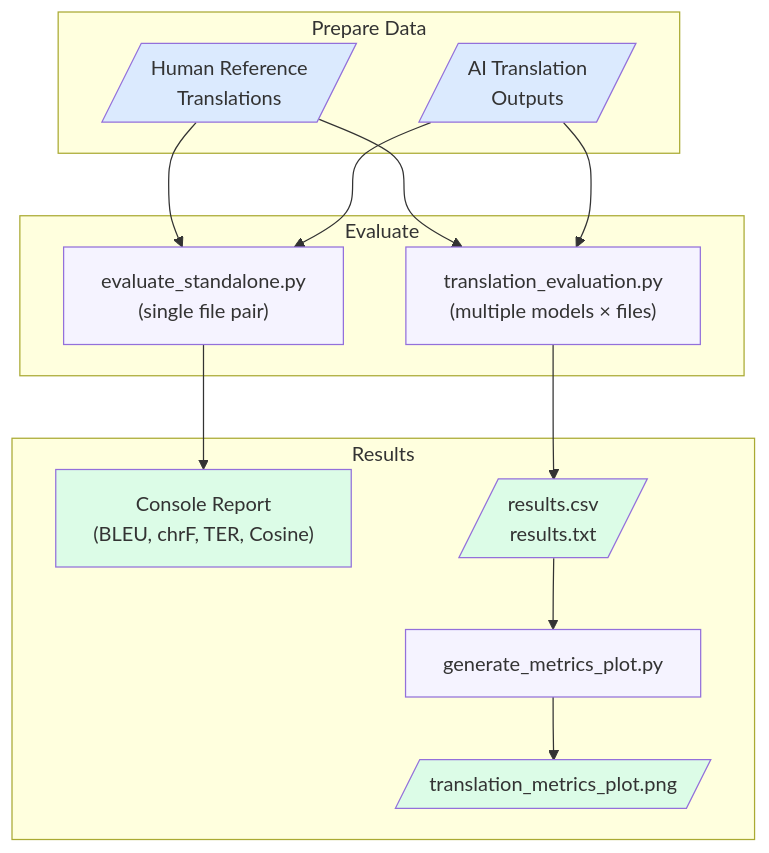
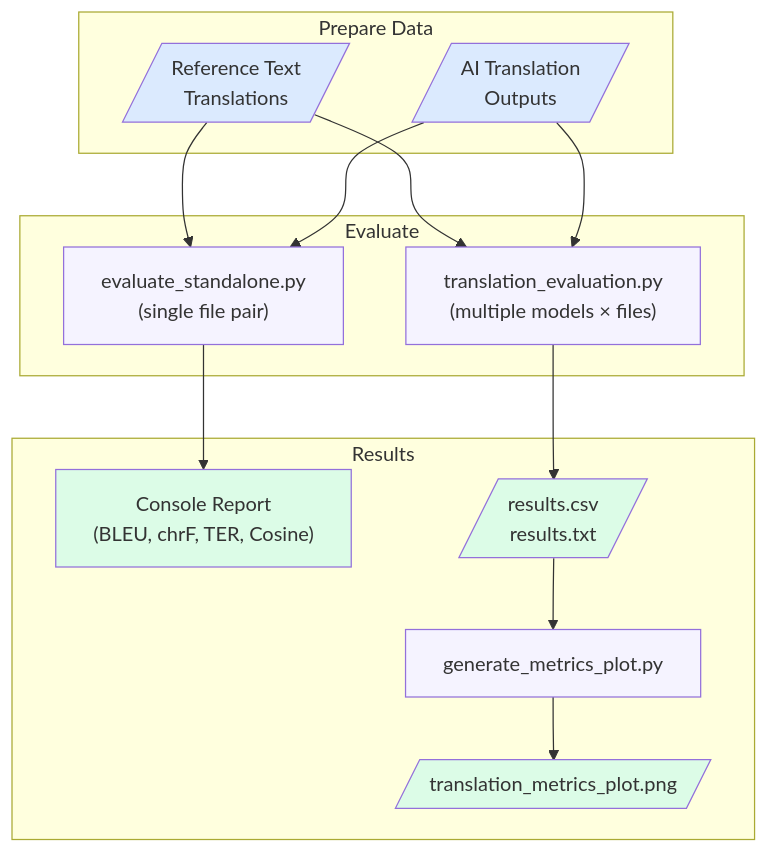
Before and after one commit to GAIK-project/gaik-toolkit: the third of 3 diagrams in guidance_layer/website/content/docs/evaluation-layer/translation-eval.mdx, drawn with Mermaid. The commit also changed other lines of this file and 17 other files, not shown here.

````diff
--- a/guidance_layer/website/content/docs/evaluation-layer/translation-eval.mdx
+++ b/guidance_layer/website/content/docs/evaluation-layer/translation-eval.mdx
@@ -209,38 +231,38 @@
 ```mermaid
 graph TD
   subgraph "Prepare Data"
-    A[/"Human Reference\nTranslations"/]
+    A[/"Reference Text\nTranslations"/]
     B[/"AI Translation\nOutputs"/]
   end
 
   subgraph "Evaluate"
     C["evaluate_standalone.py\n(single file pair)"]
     D["translation_evaluation.py\n(multiple models × files)"]
   end
 
   subgraph "Results"
     E["Console Report\n(BLEU, chrF, TER, Cosine)"]
     F[/"results.csv\nresults.txt"/]
     G["generate_metrics_plot.py"]
     H[/"translation_metrics_plot.png"/]
   end
 
   A --> C
   B --> C
   C --> E
 
   A --> D
   B --> D
   D --> F
   F --> G
   G --> H
 
   style A fill:#dbeafe
   style B fill:#dbeafe
   style C fill:#f5f3ff
   style D fill:#f5f3ff
   style E fill:#dcfce7
   style F fill:#dcfce7
   style G fill:#f5f3ff
   style H fill:#dcfce7
 ```
````
